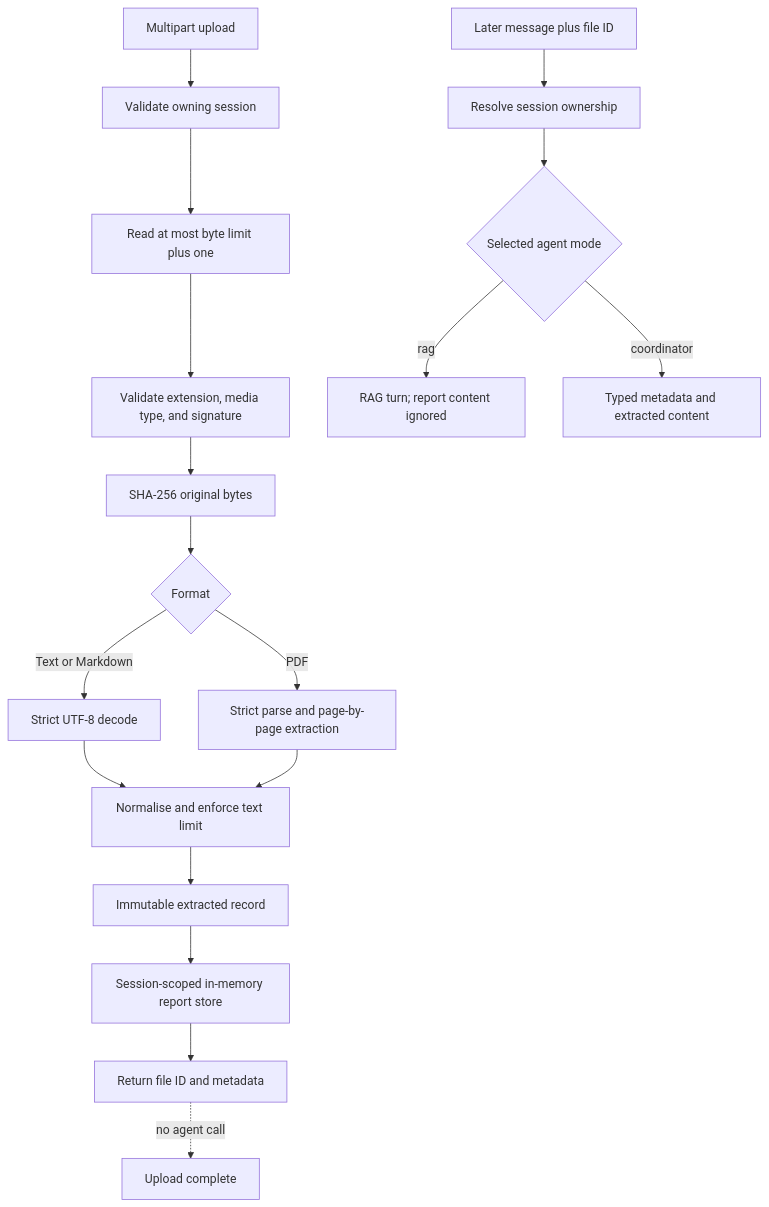
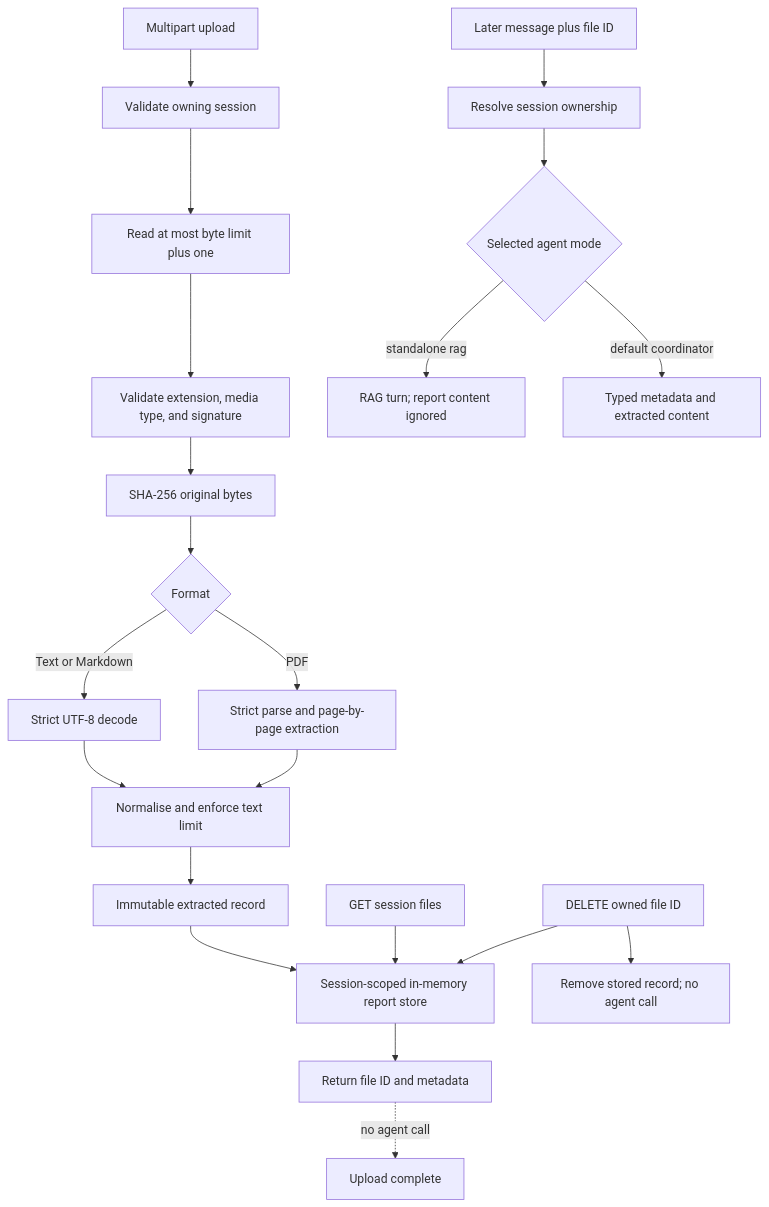
The seventh of 16 diagrams in architecture.md (govtech-responsibleai/agentic-eval-toyapp), drawn with Mermaid before and after one commit. The commit also changed other lines of this file and 28 other files, not shown here.

````diff
--- a/architecture.md
+++ b/architecture.md
@@ -406,21 +461,25 @@
 ```mermaid
 flowchart TD
     Upload[Multipart upload] --> Session[Validate owning session]
     Session --> Bytes[Read at most byte limit plus one]
     Bytes --> Type[Validate extension, media type, and signature]
     Type --> Hash[SHA-256 original bytes]
     Hash --> Extract{Format}
     Extract -->|Text or Markdown| UTF8[Strict UTF-8 decode]
     Extract -->|PDF| Pages[Strict parse and page-by-page extraction]
     UTF8 --> Bounds[Normalise and enforce text limit]
     Pages --> Bounds
     Bounds --> Record[Immutable extracted record]
     Record --> Store[Session-scoped in-memory report store]
     Store --> Metadata[Return file ID and metadata]
     Metadata -. no agent call .-> End[Upload complete]
 
+    List[GET session files] --> Store
+    Delete[DELETE owned file ID] --> Store
+    Delete --> Removed[Remove stored record; no agent call]
+
     Message[Later message plus file ID] --> Ownership[Resolve session ownership]
     Ownership --> Mode{Selected agent mode}
-    Mode -->|rag| RAG[RAG turn; report content ignored]
-    Mode -->|coordinator| Coordinator[Typed metadata and extracted content]
+    Mode -->|standalone rag| RAG[RAG turn; report content ignored]
+    Mode -->|default coordinator| Coordinator[Typed metadata and extracted content]
 ```
````
